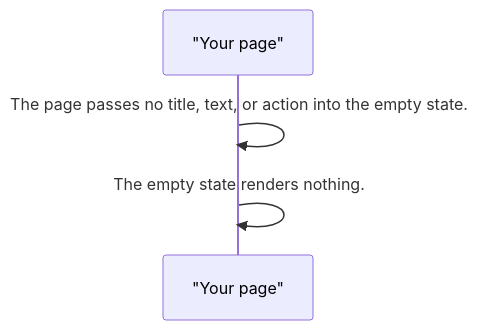
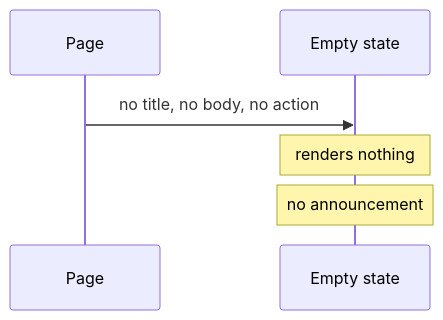
The fourth of 4 diagrams in projects/pixel-ui/src/lib/pixel-empty-state/DESIGN.md (RajshekharBorate/pixel-ui), drawn with Mermaid before and after one commit. The commit also changed other lines of this file and 73 other files, not shown here.

Commit message:
Explain who owns each value and what each flow does in every component and service design.

````diff
--- a/projects/pixel-ui/src/lib/pixel-empty-state/DESIGN.md
+++ b/projects/pixel-ui/src/lib/pixel-empty-state/DESIGN.md
@@ -76,6 +94,8 @@
 ```mermaid
 sequenceDiagram
-  participant page as "Your page"
-  page->>page: The page passes no title, text, or action into the empty state.
-  page->>page: The empty state renders nothing.
+  participant Page
+  participant Empty as Empty state
+  Page->>Empty: no title, no body, no action
+  Note over Empty: renders nothing
+  Note over Empty: no announcement
 ```
````
